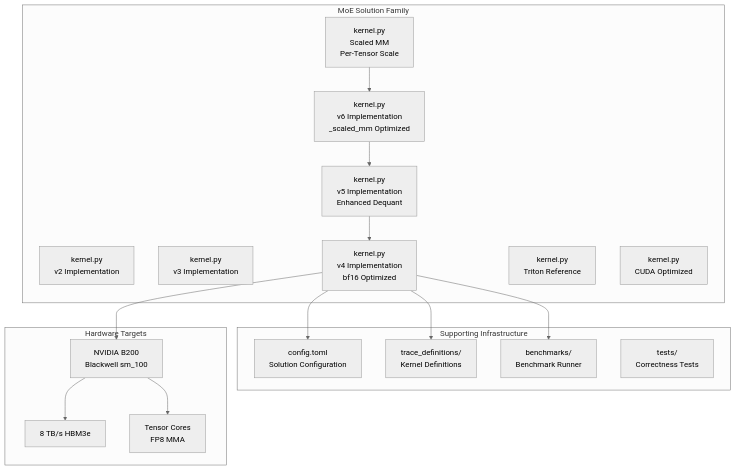
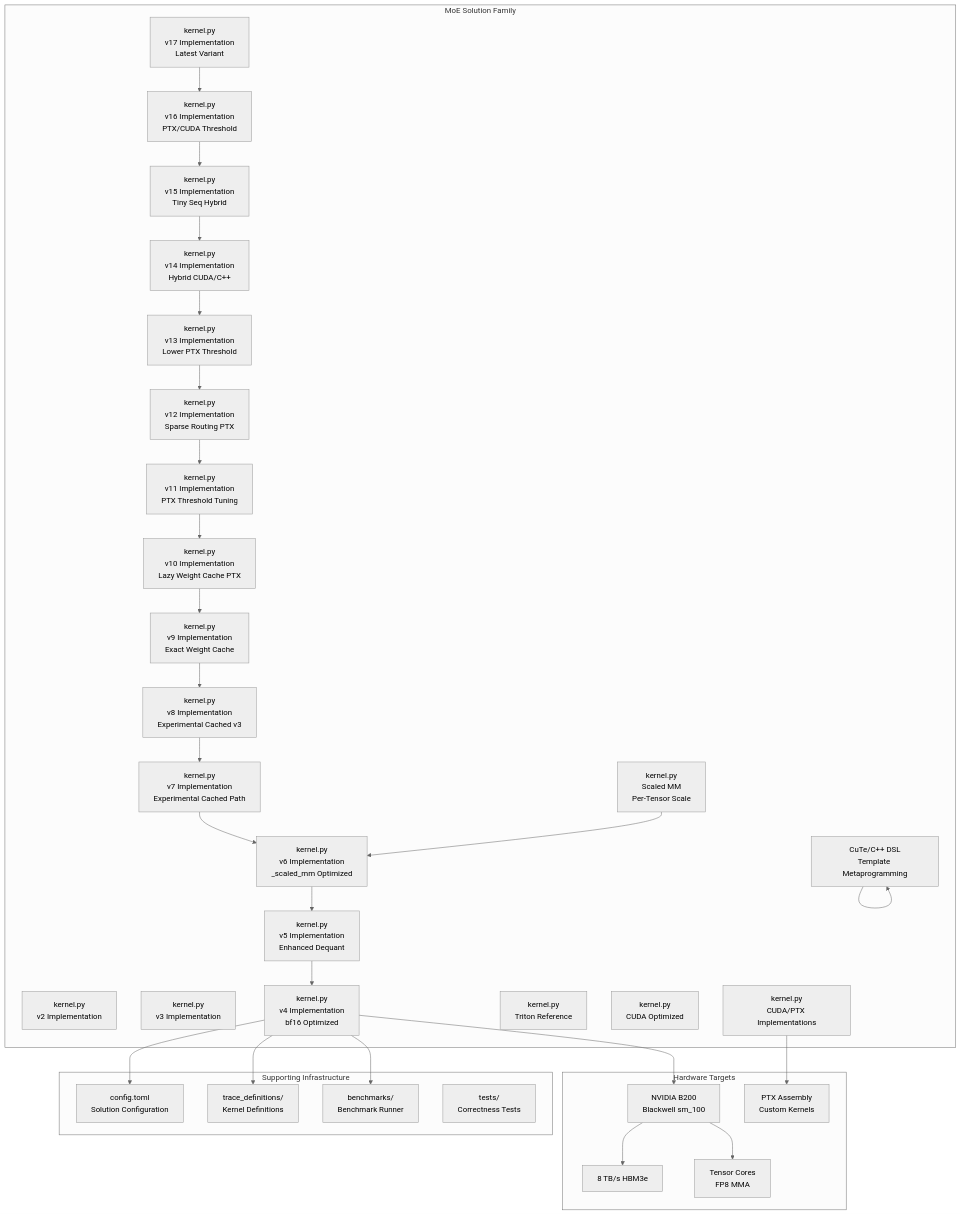
One commit to gugudeshubao/flashinfer-bench-tma-thrust changed the first of 21 diagrams in .qoder/repowiki/en/content/Core Kernels/MoE Solution v4 Kernel Implementation.md. Above: the diagram before and after it, drawn with Mermaid (neutral theme). The commit also changed other lines of this file and 46 other files, not shown here.

````diff
--- a/.qoder/repowiki/en/content/Core Kernels/MoE Solution v4 Kernel Implementation.md
+++ b/.qoder/repowiki/en/content/Core Kernels/MoE Solution v4 Kernel Implementation.md
@@ -51,33 +65,61 @@
 ```mermaid
 graph TB
 subgraph "MoE Solution Family"
 V2[kernel.py<br/>v2 Implementation]
 V3[kernel.py<br/>v3 Implementation]
 V4[kernel.py<br/>v4 Implementation<br/>bf16 Optimized]
 V5[kernel.py<br/>v5 Implementation<br/>Enhanced Dequant]
 V6[kernel.py<br/>v6 Implementation<br/>_scaled_mm Optimized]
+V7[kernel.py<br/>v7 Implementation<br/>Experimental Cached Path]
+V8[kernel.py<br/>v8 Implementation<br/>Experimental Cached v3]
+V9[kernel.py<br/>v9 Implementation<br/>Exact Weight Cache]
+V10[kernel.py<br/>v10 Implementation<br/>Lazy Weight Cache PTX]
+V11[kernel.py<br/>v11 Implementation<br/>PTX Threshold Tuning]
+V12[kernel.py<br/>v12 Implementation<br/>Sparse Routing PTX]
+V13[kernel.py<br/>v13 Implementation<br/>Lower PTX Threshold]
+V14[kernel.py<br/>v14 Implementation<br/>Hybrid CUDA/C++]
+V15[kernel.py<br/>v15 Implementation<br/>Tiny Seq Hybrid]
+V16[kernel.py<br/>v16 Implementation<br/>PTX/CUDA Threshold]
+V17[kernel.py<br/>v17 Implementation<br/>Latest Variant]
 SCMK[kernel.py<br/>Scaled MM<br/>Per-Tensor Scale]
 TRITON[kernel.py<br/>Triton Reference]
 CUDA[kernel.py<br/>CUDA Optimized]
+CUDAPTX[kernel.py<br/>CUDA/PTX Implementations]
+CUTECPP[kernel.py<br/>CuTe/C++ Variants]
 end
 subgraph "Supporting Infrastructure"
 CONFIG[config.toml<br/>Solution Configuration]
 TRACE[trace_definitions/<br/>Kernel Definitions]
 BENCH[benchmarks/<br/>Benchmark Runner]
 TEST[tests/<br/>Correctness Tests]
 end
 subgraph "Hardware Targets"
 B200[NVIDIA B200<br/>Blackwell sm_100]
 HBM3e[8 TB/s HBM3e]
 TC[Tensor Cores<br/>FP8 MMA]
+PTX[PTX Assembly<br/>Custom Kernels]
+CUTECPP[CuTe/C++ DSL<br/>Template Metaprogramming]
 end
 V4 --> CONFIG
 V4 --> TRACE
 V4 --> BENCH
 V4 --> B200
 V5 --> V4
 V6 --> V5
+V7 --> V6
+V8 --> V7
+V9 --> V8
+V10 --> V9
+V11 --> V10
+V12 --> V11
+V13 --> V12
+V14 --> V13
+V15 --> V14
+V16 --> V15
+V17 --> V16
 SCMK --> V6
 B200 --> HBM3e
 B200 --> TC
+CUDAPTX --> PTX
+CUTECPP --> CUTECPP
 ```
````
